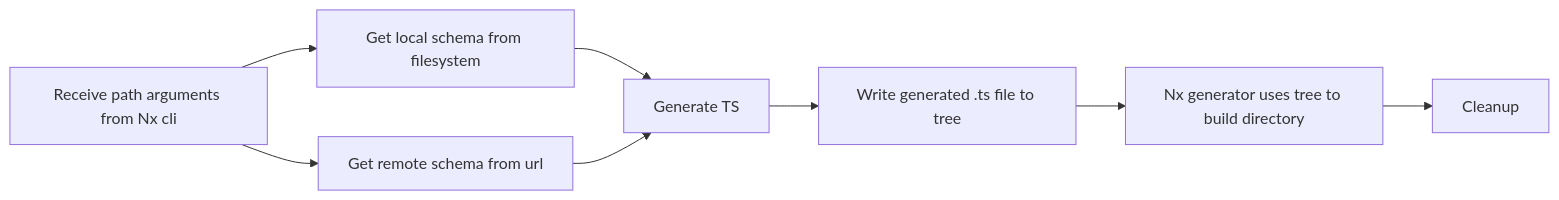
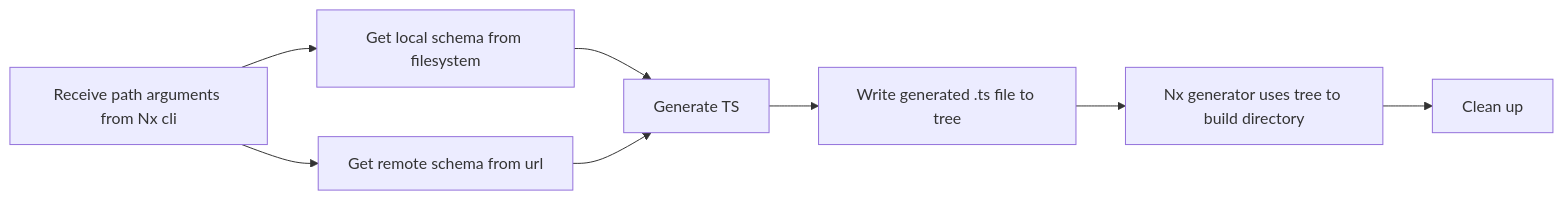
One commit to kai-nguyen-aligent/microservice-development-utilities changed the diagram in packages/nx-openapi/README.md. Above: the diagram before and after it, drawn with Mermaid. The commit also changed other lines of this file, not shown here.

````diff
--- a/packages/nx-openapi/README.md
+++ b/packages/nx-openapi/README.md
@@ -54,10 +55,10 @@
 ```mermaid
 graph LR;
   R[Receive path arguments from Nx cli]-->GL[Get local schema from filesystem];
   R-->GR[Get remote schema from url];
   GL-->G[Generate TS];
   GR-->G;
   G-->W[Write generated .ts file to tree];
   W-->NX[Nx generator uses tree to build directory];
-  NX-->C[Cleanup];
+  NX-->C[Clean up];
 ```
````
